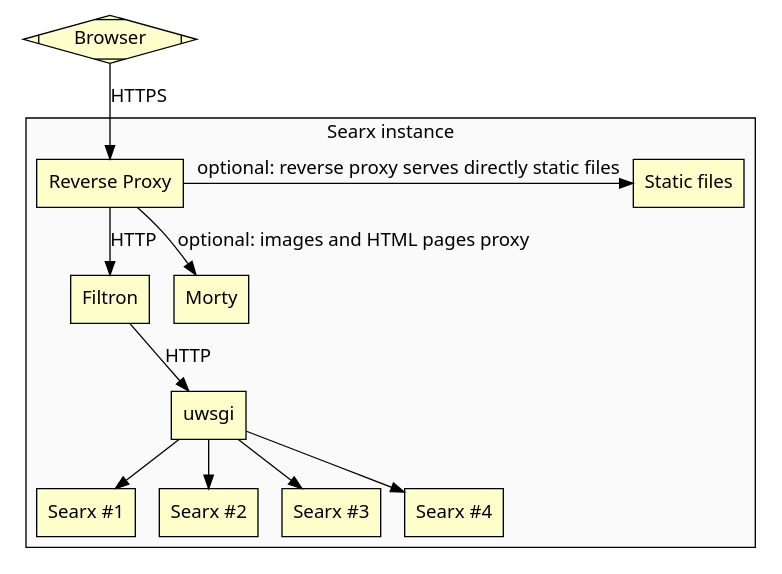
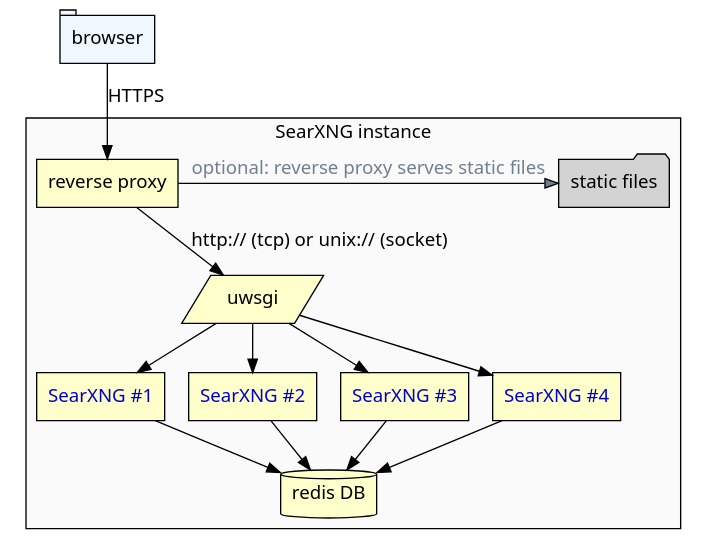
Before and after one commit to searxng/searxng: the diagram in docs/admin/arch_public.dot, drawn with Graphviz. The commit also changed 33 other files, not shown here.

```diff
--- a/docs/admin/arch_public.dot
+++ b/docs/admin/arch_public.dot
@@ -1,33 +1,30 @@
 digraph G {
 
-  node [style=filled, shape=box, fillcolor="#ffffcc", fontname="Sans"];
+  node [style=filled, shape=box, fillcolor="#ffffcc", fontname=Sans];
   edge [fontname="Sans"];
 
-  browser [label="Browser", shape=Mdiamond];
-  rp      [label="Reverse Proxy", href="https://docs.searxng.org/utils/filtron.sh.html#public-reverse-proxy"];
-  filtron [label="Filtron",       href="https://docs.searxng.org/utils/filtron.sh.html"];
-  morty   [label="Morty",         href="https://docs.searxng.org/utils/morty.sh.html"];
-  static  [label="Static files",  href="url to configure static files"];
-  uwsgi   [label="uwsgi",         href="https://docs.searxng.org/utils/searx.sh.html"]
-  searx1  [label="Searx #1"];
-  searx2  [label="Searx #2"];
-  searx3  [label="Searx #3"];
-  searx4  [label="Searx #4"];
+  browser [label="browser", shape=tab, fillcolor=aliceblue];
+  rp      [label="reverse proxy"];
+  static  [label="static files", shape=folder, href="url to configure static files", fillcolor=lightgray];
+  uwsgi   [label="uwsgi", shape=parallelogram href="https://docs.searxng.org/utils/searx.sh.html"]
+  redis     [label="redis DB", shape=cylinder];
+  searxng1  [label="SearXNG #1", fontcolor=blue3];
+  searxng2  [label="SearXNG #2", fontcolor=blue3];
+  searxng3  [label="SearXNG #3", fontcolor=blue3];
+  searxng4  [label="SearXNG #4", fontcolor=blue3];
 
   browser -> rp [label="HTTPS"]
 
-  subgraph cluster_searx {
-      label = "Searx instance" fontname="Sans";
+  subgraph cluster_searxng {
+      label = "SearXNG instance" fontname=Sans;
       bgcolor="#fafafa";
       { rank=same; static rp };
-      rp -> morty      [label="optional: images and HTML pages proxy"];
-      rp -> static     [label="optional: reverse proxy serves directly static files"];
-      rp -> filtron    [label="HTTP"];
-      filtron -> uwsgi [label="HTTP"];
-      uwsgi -> searx1;
-      uwsgi -> searx2;
-      uwsgi -> searx3;
-      uwsgi -> searx4;
+      rp -> static  [label="optional: reverse proxy serves static files", fillcolor=slategray, fontcolor=slategray];
+      rp -> uwsgi [label="http:// (tcp) or unix:// (socket)"];
+      uwsgi -> searxng1 -> redis;
+      uwsgi -> searxng2 -> redis;
+      uwsgi -> searxng3 -> redis;
+      uwsgi -> searxng4 -> redis;
   }
 
 }
```
